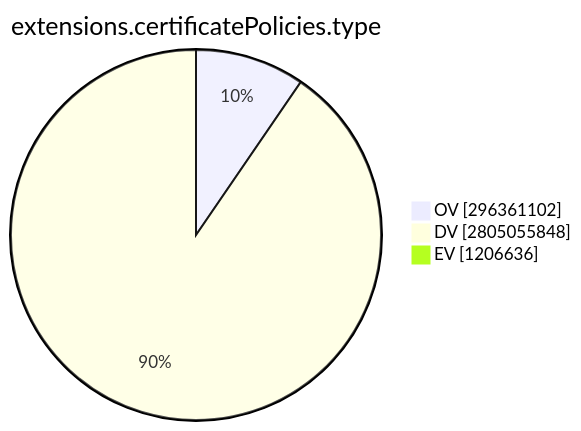
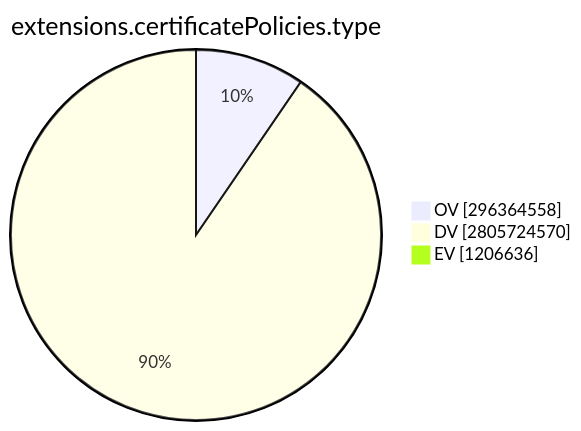
The ninth of 15 diagrams in TOTAL/README.md (christiankrug/ctmonitor_visualization), drawn with Mermaid before and after one commit. The commit also changed other lines of this file, not shown here.

````diff
--- a/TOTAL/README.md
+++ b/TOTAL/README.md
@@ -3099,7 +3099,7 @@
 ```mermaid
 pie showData
 title extensions.certificatePolicies.type
-"OV" :296361102
-"DV" :2805055848
+"OV" :296364558
+"DV" :2805724570
 "EV" :1206636
 ```
````
